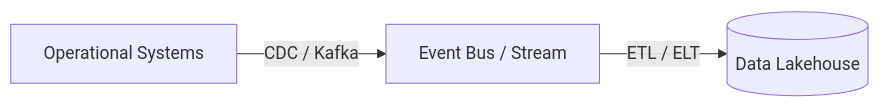
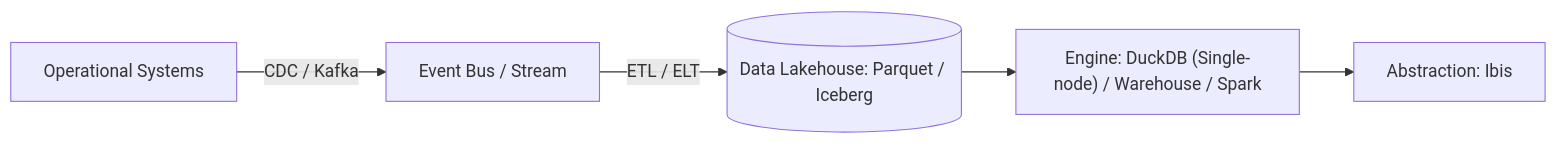
The third of 5 diagrams in .agents/skills/architecture-design/references/workflows/data-architecture.md (InNoobWeTrust/dotfiles), drawn with Mermaid before and after one commit. The commit also changed other lines of this file and 26 other files, not shown here.

First line of the commit message:
agents,config,sh.d: integrate bwrap sandboxing, enforce path portability, and adopt Ibis+DuckDB stack

````diff
--- a/.agents/skills/architecture-design/references/workflows/data-architecture.md
+++ b/.agents/skills/architecture-design/references/workflows/data-architecture.md
@@ -39,4 +46,6 @@
 ```mermaid
 flowchart LR
-    Source[Operational Systems] -->|CDC / Kafka| Stream[Event Bus / Stream] -->|ETL / ELT| Lakehouse[(Data Lakehouse)]
+    Source[Operational Systems] -->|CDC / Kafka| Stream[Event Bus / Stream] -->|ETL / ELT| Lakehouse[(Data Lakehouse: Parquet / Iceberg)]
+    Lakehouse --> Compute["Engine: DuckDB (Single-node) / Warehouse / Spark"]
+    Compute --> Query["Abstraction: Ibis"]
 ```
````
